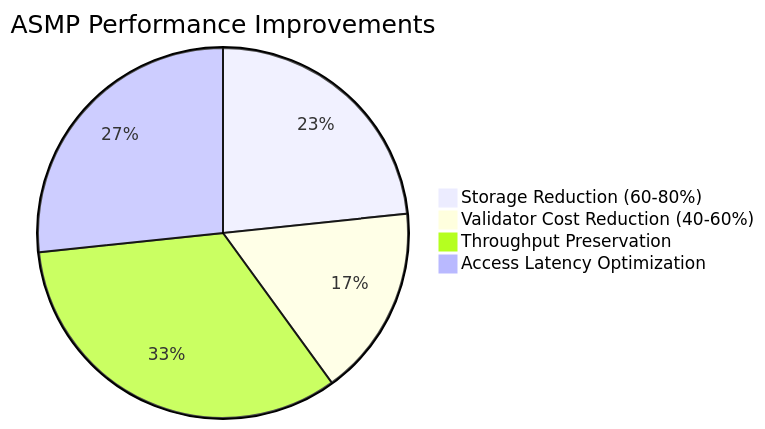
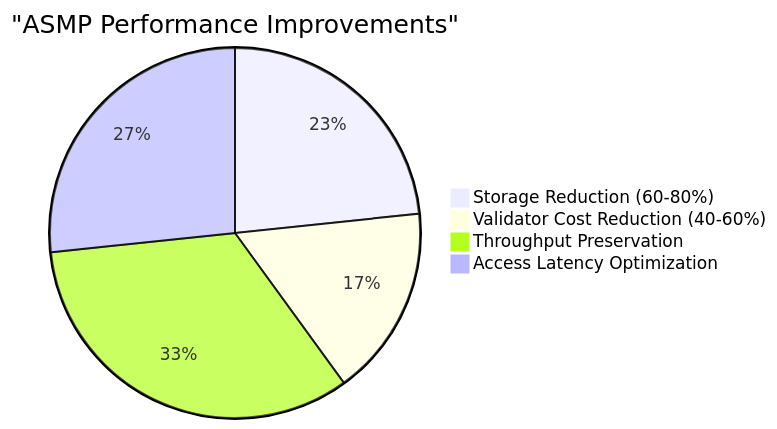
One commit to manolaz/solana-states-bloat changed the fifth of 9 diagrams in README.md. Above: the diagram before and after it, drawn with Mermaid. The commit also changed other lines of this file, not shown here.

Commit message:
Refactor mermaid diagrams in README.md for improved clarity and consistency in titles and flow direction

````diff
--- a/README.md
+++ b/README.md
@@ -380,7 +380,7 @@
 ```mermaid
-pie title ASMP Performance Improvements
+pie title "ASMP Performance Improvements"
     "Storage Reduction (60-80%)" : 70
     "Validator Cost Reduction (40-60%)" : 50
     "Throughput Preservation" : 100
     "Access Latency Optimization" : 80
 ```
````
